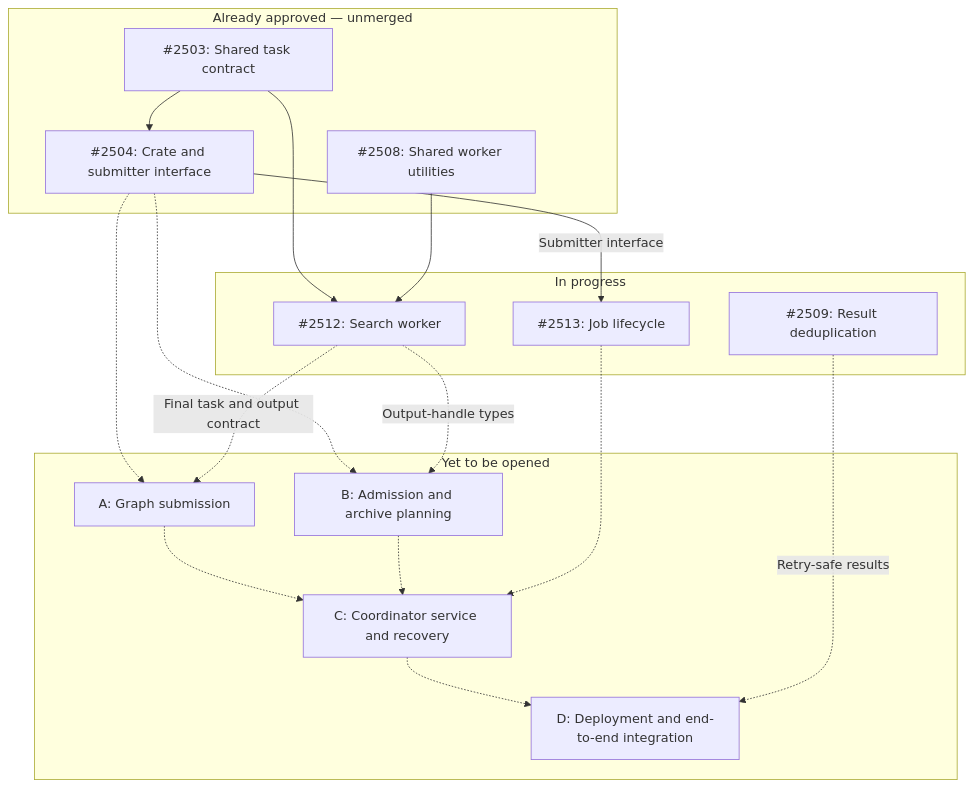
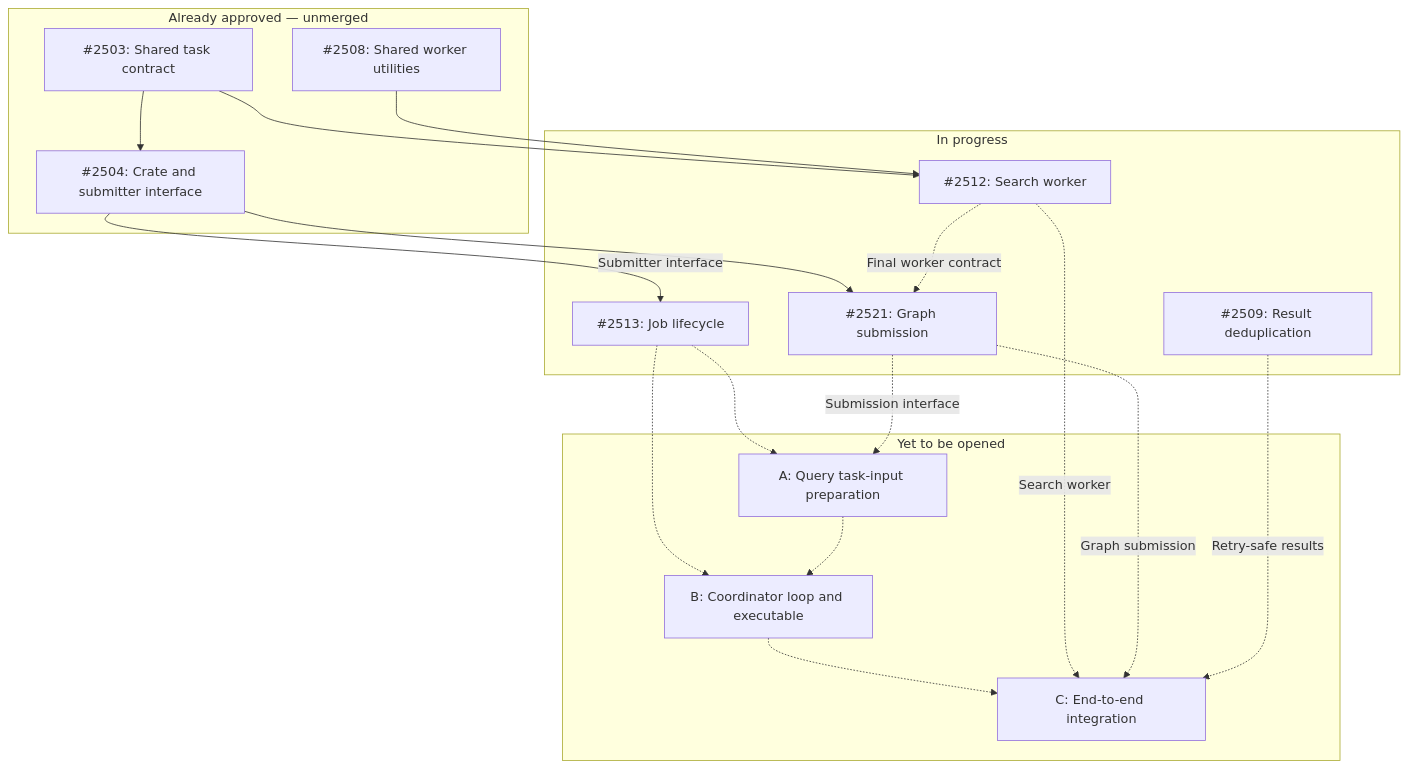
Before and after one commit to Bill-hbrhbr/personal-yscope-docs: the diagram in query-coordinator/query-coordinator-pr-plan.md, drawn with Mermaid. The commit also changed other lines of this file, not shown here.

````diff
--- a/query-coordinator/query-coordinator-pr-plan.md
+++ b/query-coordinator/query-coordinator-pr-plan.md
@@ -107,38 +101,39 @@
 ```mermaid
 flowchart TD
     subgraph Approved["Already approved — unmerged"]
         P2503["#2503: Shared task contract"]
         P2504["#2504: Crate and submitter interface"]
         P2508["#2508: Shared worker utilities"]
     end
 
     subgraph Progress["In progress"]
         P2509["#2509: Result deduplication"]
         P2512["#2512: Search worker"]
         P2513["#2513: Job lifecycle"]
+        P2521["#2521: Graph submission"]
     end
 
     subgraph Planned["Yet to be opened"]
-        A["A: Graph submission"]
-        B["B: Admission and archive planning"]
-        C["C: Coordinator service and recovery"]
-        D["D: Deployment and end-to-end integration"]
+        A["A: Query task-input preparation"]
+        B["B: Coordinator loop and executable"]
+        C["C: End-to-end integration"]
     end
 
     P2503 --> P2504
     P2503 --> P2512
     P2508 --> P2512
     P2504 -->|"Submitter interface"| P2513
+    P2504 --> P2521
+    P2512 -.->|"Final worker contract"| P2521
 
-    P2504 -.-> A
-    P2512 -.->|"Final task and output contract"| A
-    P2504 -.-> B
-    P2512 -.->|"Output-handle types"| B
+    P2513 -.-> A
+    P2521 -.->|"Submission interface"| A
 
-    A -.-> C
+    P2513 -.-> B
+    A -.-> B
+
     B -.-> C
-    P2513 -.-> C
-
-    C -.-> D
-    P2509 -.->|"Retry-safe results"| D
+    P2512 -.->|"Search worker"| C
+    P2521 -.->|"Graph submission"| C
+    P2509 -.->|"Retry-safe results"| C
 ```
````
